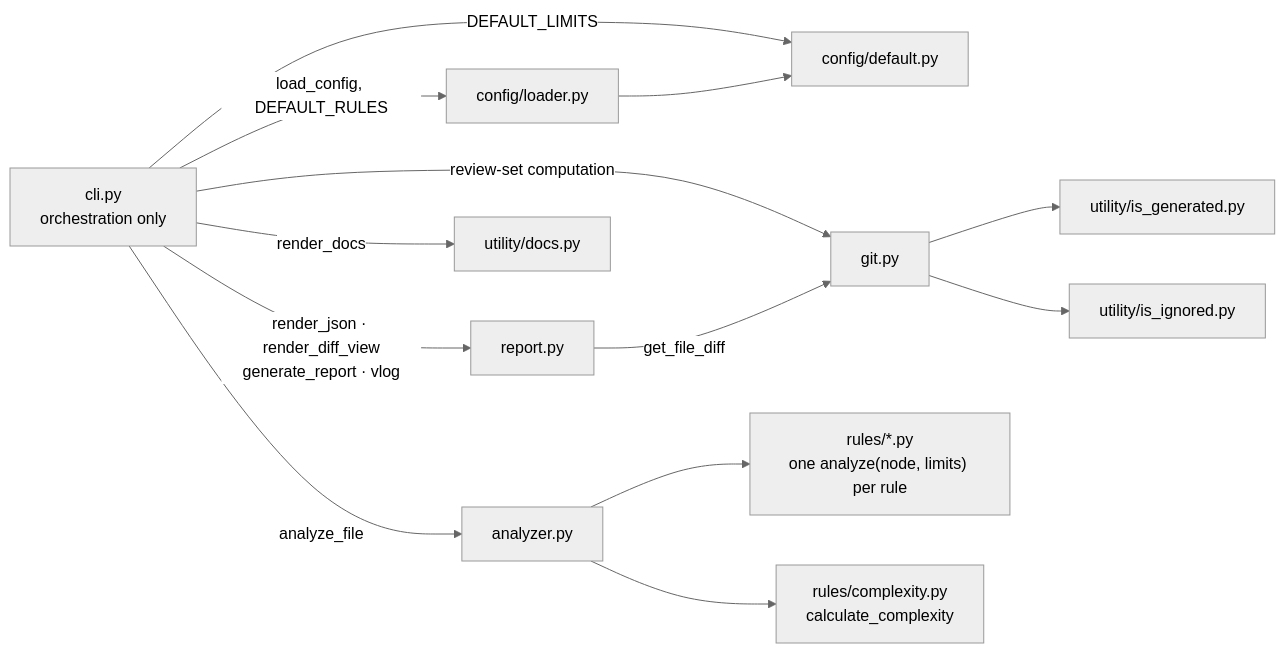
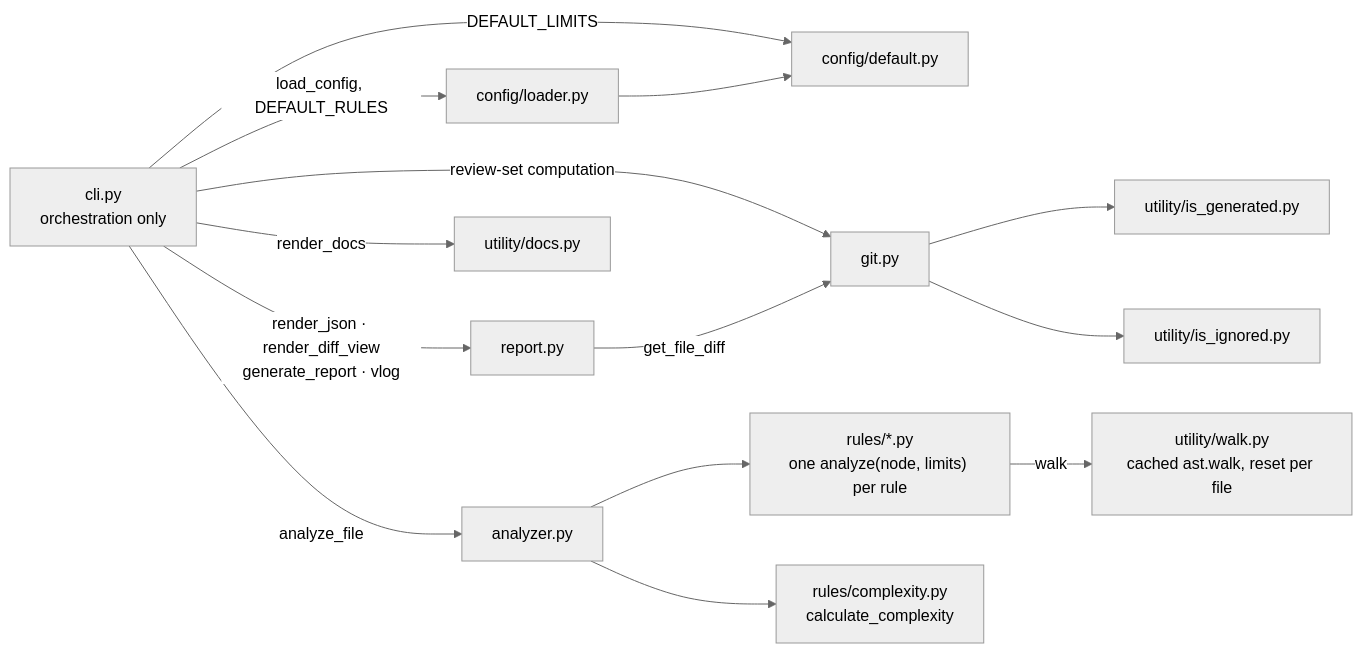
One commit to mukundzha/avouch changed the second of 2 diagrams in README.md. Above: the diagram before and after it, drawn with Mermaid (neutral theme). The commit also changed other lines of this file and 1 other file, not shown here.

````diff
--- a/README.md
+++ b/README.md
@@ -868,15 +876,16 @@
 ```mermaid
 flowchart LR
     CLI["cli.py<br/>orchestration only"] -->|load_config, DEFAULT_RULES| CFG["config/loader.py"]
     CLI -->|DEFAULT_LIMITS| DEF["config/default.py"]
     CLI -->|review-set computation| GIT["git.py"]
     CLI -->|analyze_file| AN["analyzer.py"]
     CLI -->|render_json · render_diff_view<br/>generate_report · vlog| REP["report.py"]
     CLI -->|render_docs| DOC["utility/docs.py"]
     CFG --> DEF
     AN --> RULES["rules/*.py<br/>one analyze(node, limits) per rule"]
     AN --> COM["rules/complexity.py<br/>calculate_complexity"]
+    RULES -->|walk| WAL["utility/walk.py<br/>cached ast.walk, reset per file"]
     GIT --> IG["utility/is_generated.py"]
     GIT --> II["utility/is_ignored.py"]
     REP -->|get_file_diff| GIT
 ```
````
